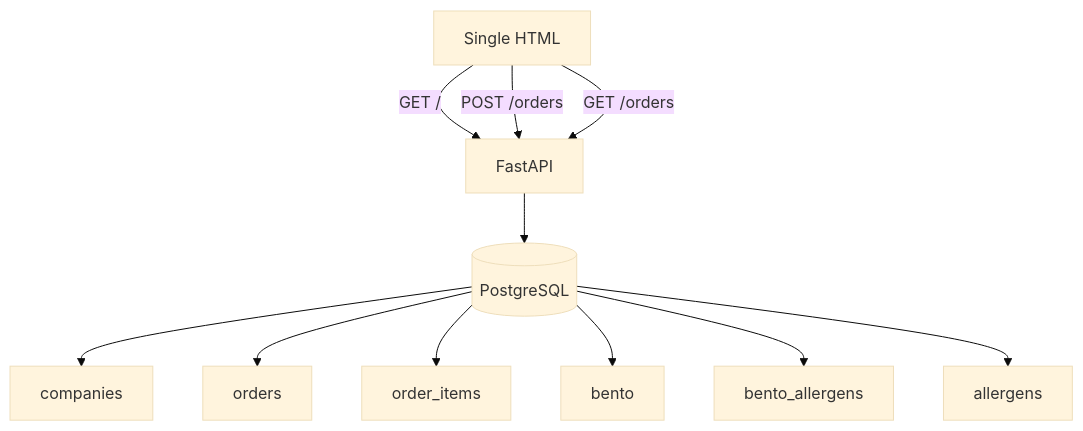
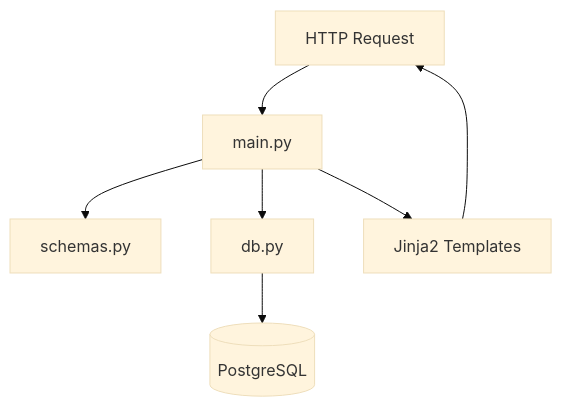
The sixth of 7 diagrams in README.md (gyakusu/fastapi-postgres-demo), drawn with Mermaid (base theme) before and after one commit. The commit also changed other lines of this file, not shown here.

````diff
--- a/README.md
+++ b/README.md
@@ -561,18 +489,16 @@
 ```mermaid
 flowchart TD
-    UI[Single HTML]
-    API[FastAPI]
-    DB[(PostgreSQL)]
+    R[HTTP Request]
+    M[main.py]
+    S[schemas.py]
+    D[db.py]
+    P[(PostgreSQL)]
+    T[Jinja2 Templates]
 
-    UI -->|GET /| API
-    UI -->|POST /orders| API
-    UI -->|GET /orders| API
-    API --> DB
-
-    DB --> C[companies]
-    DB --> O[orders]
-    DB --> OI[order_items]
-    DB --> B[bento]
-    DB --> BA[bento_allergens]
-    DB --> A[allergens]
+    R --> M
+    M --> S
+    M --> D
+    D --> P
+    M --> T
+    T --> R
 ```
````
